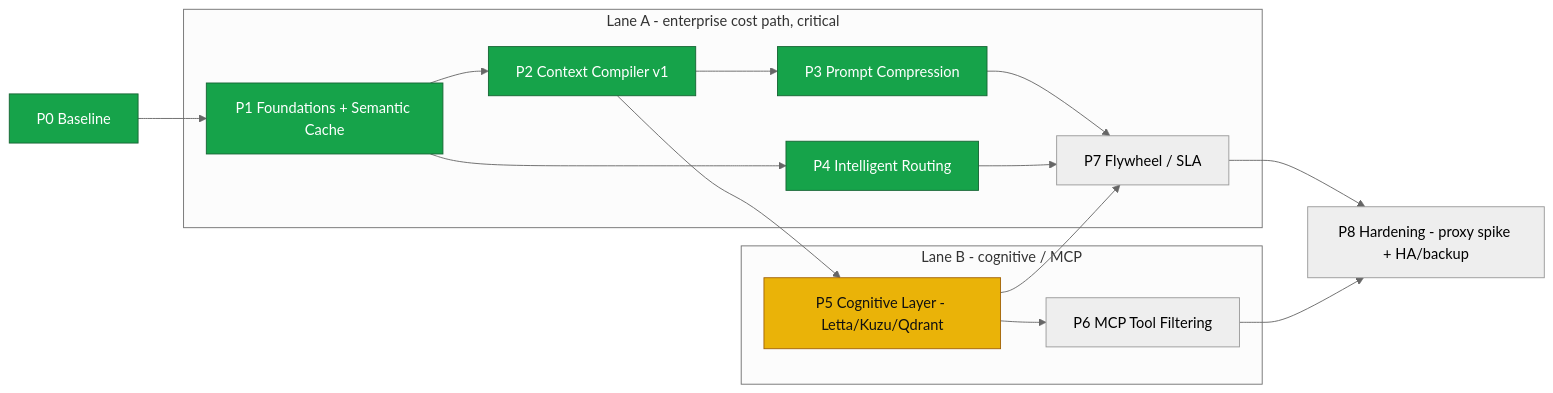
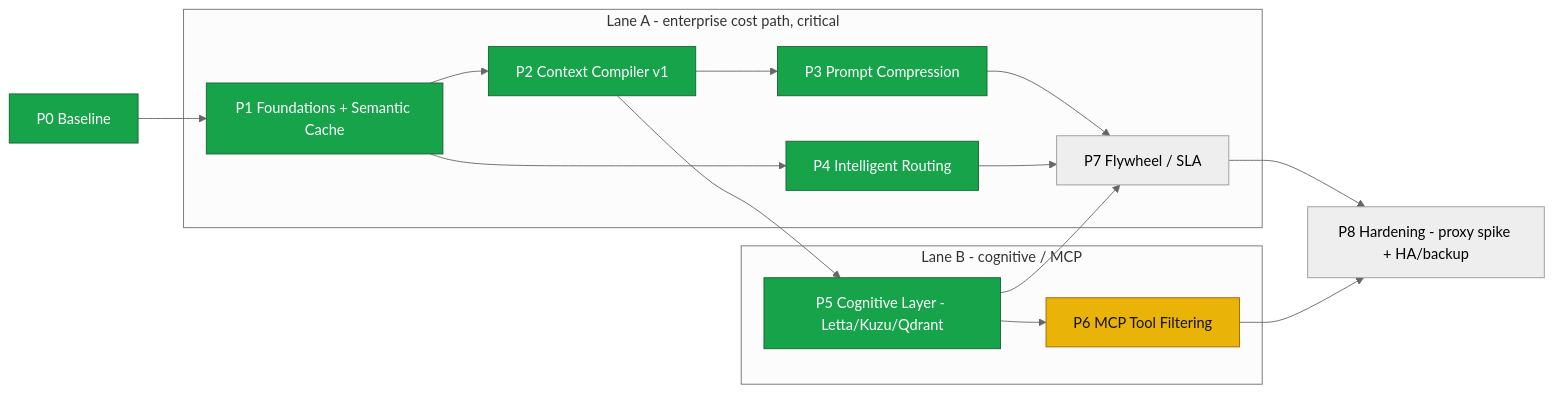
One commit to avs6/runledger-community changed the second of 2 diagrams in docs/optimization/SPEC-AND-ROADMAP.md. Above: the diagram before and after it, drawn with Mermaid (neutral theme). The commit also changed other lines of this file and 26 other files, not shown here.

````diff
--- a/docs/optimization/SPEC-AND-ROADMAP.md
+++ b/docs/optimization/SPEC-AND-ROADMAP.md
@@ -404,26 +404,26 @@
 ```mermaid
 graph LR
   P0[P0 Baseline] --> P1[P1 Foundations + Semantic Cache]
   P1 --> P2[P2 Context Compiler v1]
 
   subgraph laneA [Lane A - enterprise cost path, critical]
     P2 --> P3[P3 Prompt Compression]
     P1 --> P4[P4 Intelligent Routing]
     P3 --> P7[P7 Flywheel / SLA]
     P4 --> P7
   end
 
   subgraph laneB [Lane B - cognitive / MCP]
     P2 --> P5[P5 Cognitive Layer - Letta/Kuzu/Qdrant]
     P5 --> P6[P6 MCP Tool Filtering]
   end
 
   P5 --> P7
   P7 --> P8[P8 Hardening - proxy spike + HA/backup]
   P6 --> P8
 
   classDef done fill:#16a34a,stroke:#166534,color:#fff;
   classDef next fill:#eab308,stroke:#a16207,color:#111;
-  class P0,P1,P2,P3,P4 done;
-  class P5 next;
+  class P0,P1,P2,P3,P4,P5 done;
+  class P6 next;
 ```
````
